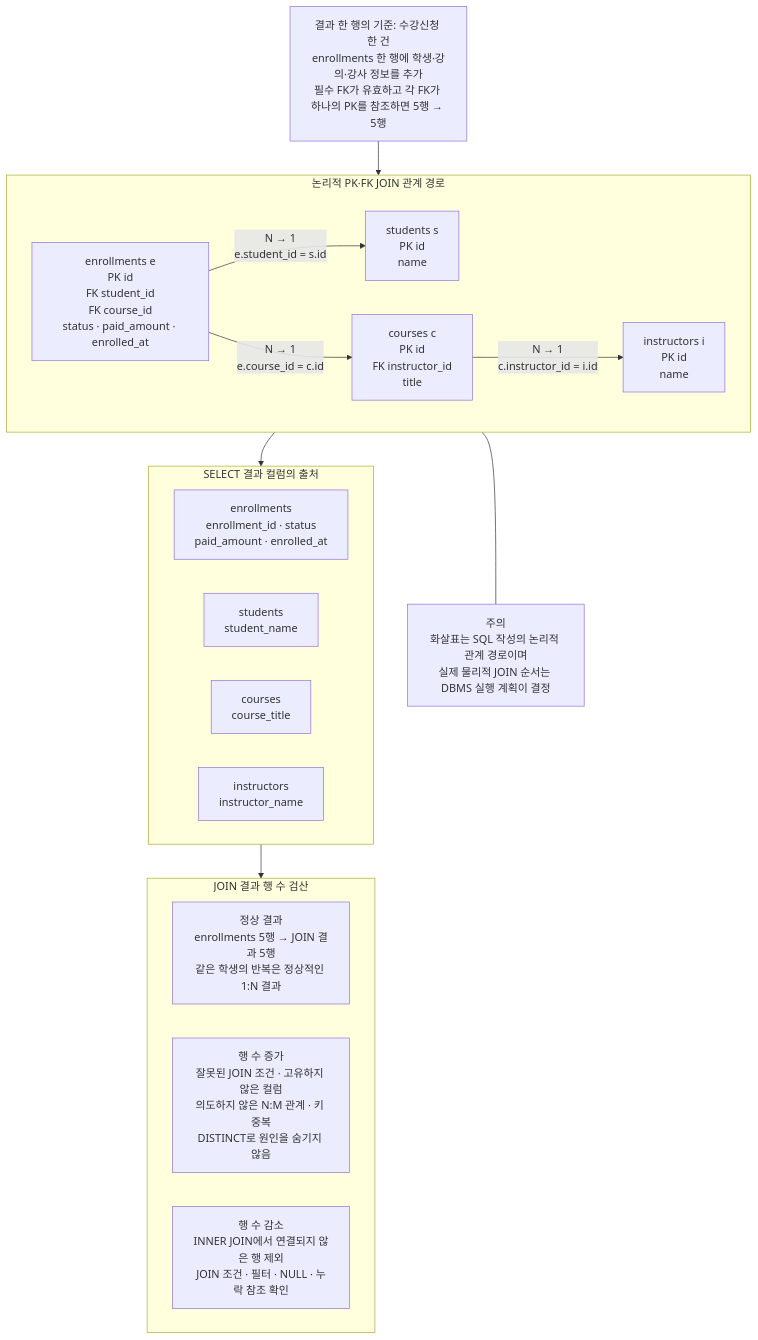
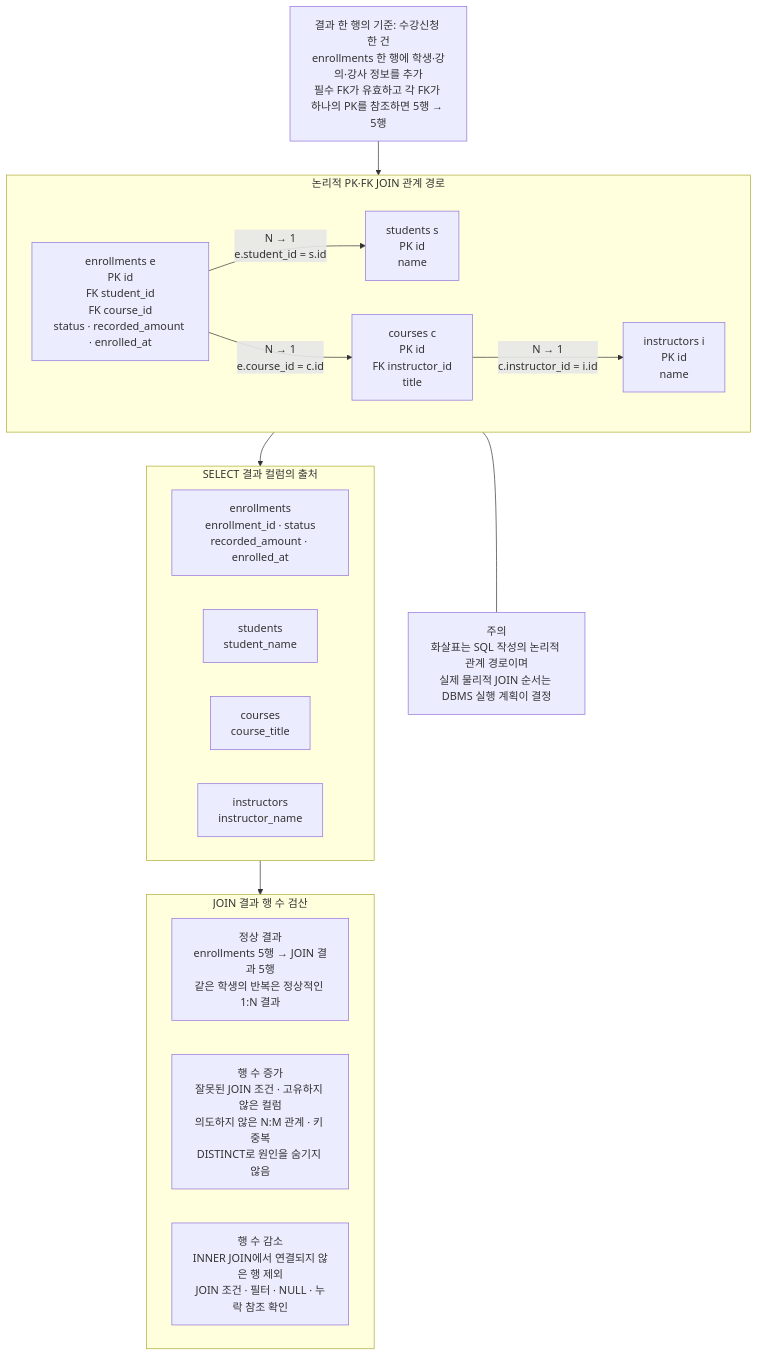
Before and after one commit to GilbertMoon/ai-database-book: the diagram in images/chapter08/ch08_03_multi_table_join_path.mmd, drawn with Mermaid. The commit also changed 12 other files, not shown here.

```diff
--- a/images/chapter08/ch08_03_multi_table_join_path.mmd
+++ b/images/chapter08/ch08_03_multi_table_join_path.mmd
@@ -1,36 +1,36 @@
 flowchart TB
     G["결과 한 행의 기준: 수강신청 한 건<br/>enrollments 한 행에 학생·강의·강사 정보를 추가<br/>필수 FK가 유효하고 각 FK가 하나의 PK를 참조하면 5행 → 5행"]
 
     subgraph PATH[논리적 PK·FK JOIN 관계 경로]
         direction LR
         S["students s<br/>PK id<br/>name"]
-        E["enrollments e<br/>PK id<br/>FK student_id<br/>FK course_id<br/>status · paid_amount · enrolled_at"]
+        E["enrollments e<br/>PK id<br/>FK student_id<br/>FK course_id<br/>status · recorded_amount · enrolled_at"]
         C["courses c<br/>PK id<br/>FK instructor_id<br/>title"]
         I["instructors i<br/>PK id<br/>name"]
 
         E -->|"N → 1<br/>e.student_id = s.id"| S
         E -->|"N → 1<br/>e.course_id = c.id"| C
         C -->|"N → 1<br/>c.instructor_id = i.id"| I
     end
 
     subgraph COLS[SELECT 결과 컬럼의 출처]
         direction LR
-        CE["enrollments<br/>enrollment_id · status<br/>paid_amount · enrolled_at"]
+        CE["enrollments<br/>enrollment_id · status<br/>recorded_amount · enrolled_at"]
         CS["students<br/>student_name"]
         CC["courses<br/>course_title"]
         CI["instructors<br/>instructor_name"]
     end
 
     subgraph CHECK[JOIN 결과 행 수 검산]
         direction LR
         V["정상 결과<br/>enrollments 5행 → JOIN 결과 5행<br/>같은 학생의 반복은 정상적인 1:N 결과"]
         UP["행 수 증가<br/>잘못된 JOIN 조건 · 고유하지 않은 컬럼<br/>의도하지 않은 N:M 관계 · 키 중복<br/>DISTINCT로 원인을 숨기지 않음"]
         DOWN["행 수 감소<br/>INNER JOIN에서 연결되지 않은 행 제외<br/>JOIN 조건 · 필터 · NULL · 누락 참조 확인"]
     end
 
     N["주의<br/>화살표는 SQL 작성의 논리적 관계 경로이며<br/>실제 물리적 JOIN 순서는 DBMS 실행 계획이 결정"]
 
     G --> E
     PATH --> COLS
     COLS --> CHECK
     PATH --- N
```
